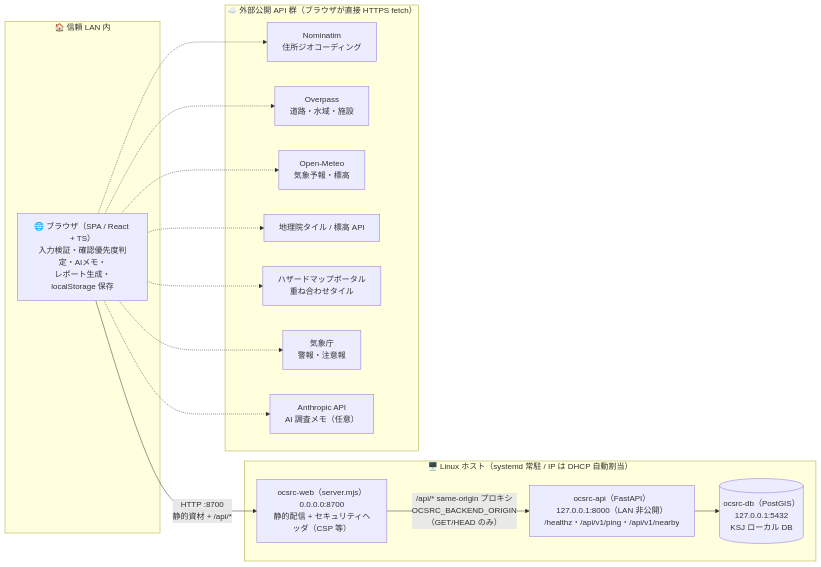
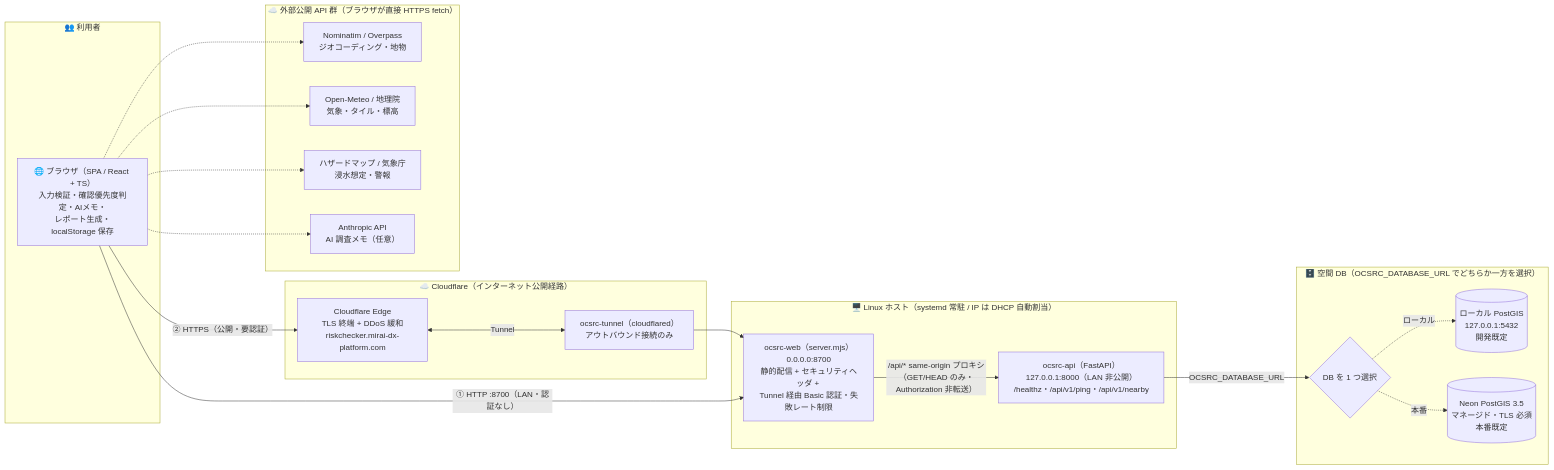
One commit to Kensan196948G/Open-Civil-Site-Risk-Checker changed the diagram in README.md. Above: the diagram before and after it, drawn with Mermaid. The commit also changed other lines of this file and 6 other files, not shown here.

First line of the commit message:
feat(web): Cloudflare Tunnel 公開のためのエッジ認証（Basic 認証 + 失敗レート制限）(Issue #66) (#67)

````diff
--- a/README.md
+++ b/README.md
@@ -220,33 +222,42 @@
 ```mermaid
 flowchart LR
-    subgraph LAN["🏠 信頼 LAN 内"]
+    subgraph USERS["👥 利用者"]
         B["🌐 ブラウザ（SPA / React + TS）<br/>入力検証・確認優先度判定・AIメモ・<br/>レポート生成・localStorage 保存"]
     end
 
+    subgraph EDGE["☁️ Cloudflare（インターネット公開経路）"]
+        CF["Cloudflare Edge<br/>TLS 終端 + DDoS 緩和<br/>riskchecker.mirai-dx-platform.com"]
+        TN["ocsrc-tunnel（cloudflared）<br/>アウトバウンド接続のみ"]
+    end
+
     subgraph HOST["🖥️ Linux ホスト（systemd 常駐 / IP は DHCP 自動割当）"]
-        W["ocsrc-web（server.mjs）<br/>0.0.0.0:8700<br/>静的配信 + セキュリティヘッダ（CSP 等）"]
+        W["ocsrc-web（server.mjs）<br/>0.0.0.0:8700<br/>静的配信 + セキュリティヘッダ + <br/>Tunnel 経由 Basic 認証・失敗レート制限"]
         A["ocsrc-api（FastAPI）<br/>127.0.0.1:8000（LAN 非公開）<br/>/healthz・/api/v1/ping・/api/v1/nearby"]
-        D[("ocsrc-db（PostGIS）<br/>127.0.0.1:5432<br/>KSJ ローカル DB")]
+    end
+
+    subgraph DB["🗄️ 空間 DB（OCSRC_DATABASE_URL でどちらか一方を選択）"]
+        DS{"DB を 1 つ選択"}
+        D1[("ローカル PostGIS<br/>127.0.0.1:5432<br/>開発既定")]
+        D2[("Neon PostGIS 3.5<br/>マネージド・TLS 必須<br/>本番既定")]
     end
 
     subgraph EXT["☁️ 外部公開 API 群（ブラウザが直接 HTTPS fetch）"]
-        E1["Nominatim<br/>住所ジオコーディング"]
-        E2["Overpass<br/>道路・水域・施設"]
-        E3["Open-Meteo<br/>気象予報・標高"]
-        E4["地理院タイル / 標高 API"]
-        E5["ハザードマップポータル<br/>重ね合わせタイル"]
-        E6["気象庁<br/>警報・注意報"]
+        E1["Nominatim / Overpass<br/>ジオコーディング・地物"]
+        E3["Open-Meteo / 地理院<br/>気象・タイル・標高"]
+        E5["ハザードマップ / 気象庁<br/>浸水想定・警報"]
         E7["Anthropic API<br/>AI 調査メモ（任意）"]
     end
 
-    B -->|"HTTP :8700<br/>静的資材 + /api/*"| W
-    W -->|"/api/* same-origin プロキシ<br/>OCSRC_BACKEND_ORIGIN（GET/HEAD のみ）"| A
-    A --> D
+    B -->|"② HTTPS（公開・要認証）"| CF
+    CF <-->|"Tunnel"| TN
+    TN --> W
+    B -->|"① HTTP :8700（LAN・認証なし）"| W
+    W -->|"/api/* same-origin プロキシ<br/>（GET/HEAD のみ・Authorization 非転送）"| A
+    A -->|"OCSRC_DATABASE_URL"| DS
+    DS -.->|ローカル| D1
+    DS -.->|本番| D2
     B -.-> E1
-    B -.-> E2
     B -.-> E3
-    B -.-> E4
     B -.-> E5
-    B -.-> E6
     B -.-> E7
 ```
````
